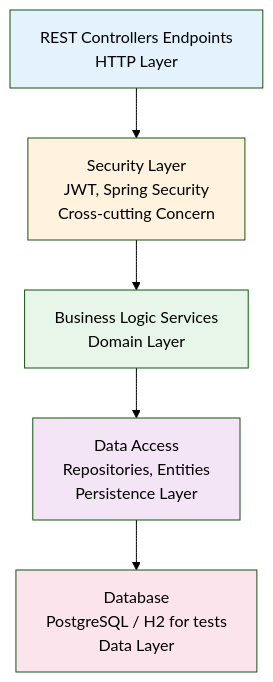
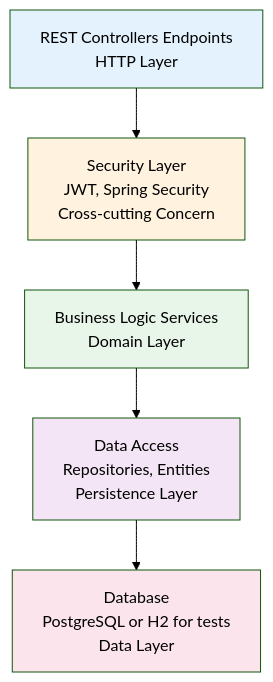
The first of 4 diagrams in docs/architecture/layers.md (Keglev/stockease), drawn with Mermaid (forest theme) before and after one commit. The commit also changed 1 other file, not shown here.

Commit message:
fixed syntax errors in .md files in mermaid diagrams

````diff
--- a/docs/architecture/layers.md
+++ b/docs/architecture/layers.md
@@ -7,19 +7,19 @@
 ```mermaid
 graph TD
     A[REST Controllers Endpoints<br/>HTTP Layer]
     B[Security Layer<br/>JWT, Spring Security<br/>Cross-cutting Concern]
     C[Business Logic Services<br/>Domain Layer]
     D[Data Access<br/>Repositories, Entities<br/>Persistence Layer]
-    E[Database<br/>PostgreSQL / H2 for tests<br/>Data Layer]
+    E["Database<br/>PostgreSQL or H2 for tests<br/>Data Layer"]
     
     A --> B
     B --> C
     C --> D
     D --> E
     
     style A fill:#e3f2fd
     style B fill:#fff3e0
     style C fill:#e8f5e9
     style D fill:#f3e5f5
     style E fill:#fce4ec
 ```
````
